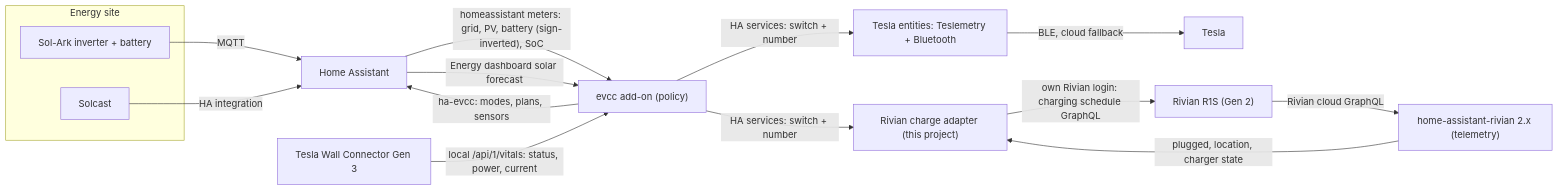
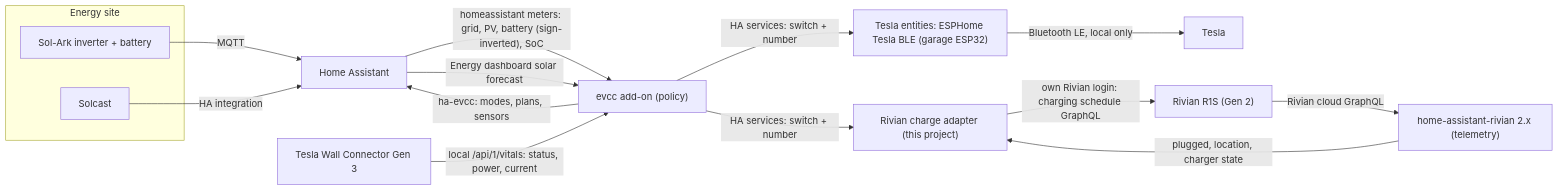
One commit to bballdavis/SolarSage changed the diagram in docs/SOLAR_CHARGING_ARCHITECTURE.md. Above: the diagram before and after it, drawn with Mermaid. The commit also changed other lines of this file and 7 other files, not shown here.

First line of the commit message:
Control the Tesla locally over Bluetooth instead of Teslemetry

````diff
--- a/docs/SOLAR_CHARGING_ARCHITECTURE.md
+++ b/docs/SOLAR_CHARGING_ARCHITECTURE.md
@@ -38,19 +38,19 @@
 ```mermaid
 flowchart LR
   subgraph Site["Energy site"]
     SolArk["Sol-Ark inverter + battery"]
     Solcast["Solcast"]
   end
   SolArk -->|MQTT| HA["Home Assistant"]
   Solcast -->|HA integration| HA
   HA -->|"homeassistant meters: grid, PV, battery (sign-inverted), SoC"| EVCC["evcc add-on (policy)"]
   HA -->|"Energy dashboard solar forecast"| EVCC
   TWC3["Tesla Wall Connector Gen 3"] -->|"local /api/1/vitals: status, power, current"| EVCC
-  EVCC -->|"HA services: switch + number"| TeslaEnt["Tesla entities: Teslemetry + Bluetooth"]
+  EVCC -->|"HA services: switch + number"| TeslaEnt["Tesla entities: ESPHome Tesla BLE (garage ESP32)"]
   EVCC -->|"HA services: switch + number"| Adapter["Rivian charge adapter (this project)"]
   RivInt["home-assistant-rivian 2.x (telemetry)"] -->|"plugged, location, charger state"| Adapter
   Adapter -->|"own Rivian login: charging schedule GraphQL"| R1S["Rivian R1S (Gen 2)"]
   R1S -->|"Rivian cloud GraphQL"| RivInt
-  TeslaEnt -->|"BLE, cloud fallback"| Tesla["Tesla"]
+  TeslaEnt -->|"Bluetooth LE, local only"| Tesla["Tesla"]
   EVCC -->|"ha-evcc: modes, plans, sensors"| HA
 ```
````
